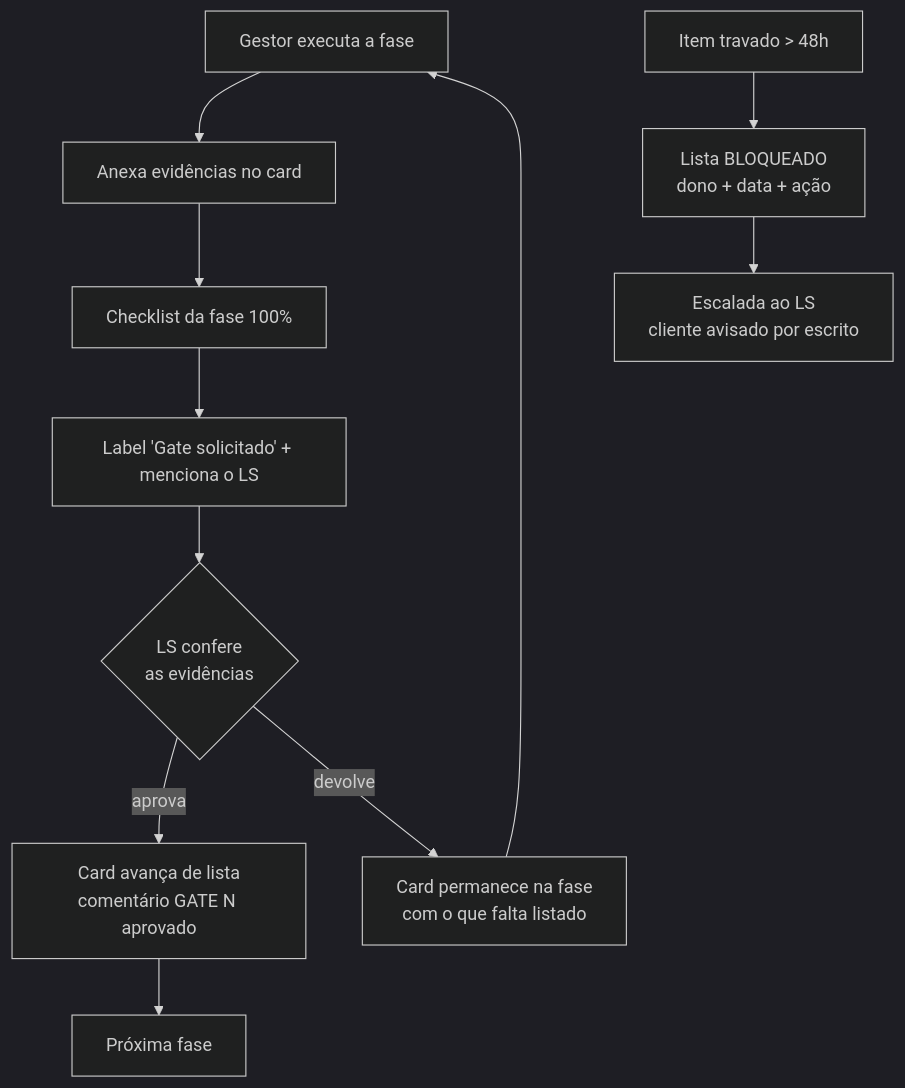
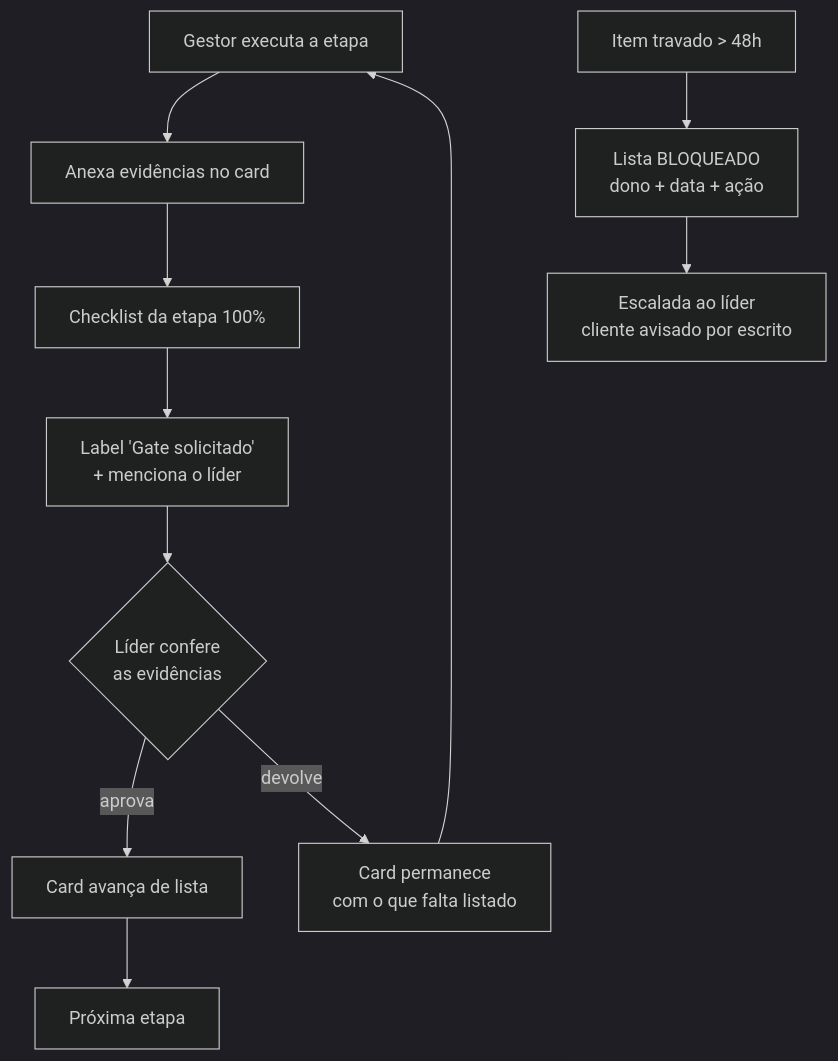
Before and after one commit to flowanuncios-cell/squad-cs-leitura-whatsapp: the tenth of 10 diagrams in flowformance-2.0/07-fluxograma.md, drawn with Mermaid (dark theme). The commit also changed other lines of this file and 9 other files, not shown here.

First line of the commit message:
Flowformance 2.0: alinha ao fluxo oficial e adiciona fluxograma progressivo

````diff
--- a/flowformance-2.0/07-fluxograma.md
+++ b/flowformance-2.0/07-fluxograma.md
@@ -127,14 +250,14 @@
 ```mermaid
 flowchart TD
-    X1[Gestor executa a fase] --> X2[Anexa evidências no card]
-    X2 --> X3[Checklist da fase 100%]
-    X3 --> X4[Label 'Gate solicitado' + menciona o LS]
-    X4 --> X5{LS confere<br/>as evidências}
-    X5 -->|aprova| X6[Card avança de lista<br/>comentário GATE N aprovado]
-    X5 -->|devolve| X7[Card permanece na fase<br/>com o que falta listado]
+    X1[Gestor executa a etapa] --> X2[Anexa evidências no card]
+    X2 --> X3[Checklist da etapa 100%]
+    X3 --> X4[Label 'Gate solicitado'<br/>+ menciona o líder]
+    X4 --> X5{Líder confere<br/>as evidências}
+    X5 -->|aprova| X6[Card avança de lista]
+    X5 -->|devolve| X7[Card permanece<br/>com o que falta listado]
     X7 --> X1
-    X6 --> X8[Próxima fase]
+    X6 --> X8[Próxima etapa]
 
-    X9[Item travado > 48h] --> X10[Lista BLOQUEADO<br/>dono + data + ação]
-    X10 --> X11[Escalada ao LS<br/>cliente avisado por escrito]
+    Y1[Item travado > 48h] --> Y2[Lista BLOQUEADO<br/>dono + data + ação]
+    Y2 --> Y3[Escalada ao líder<br/>cliente avisado por escrito]
 ```
````
